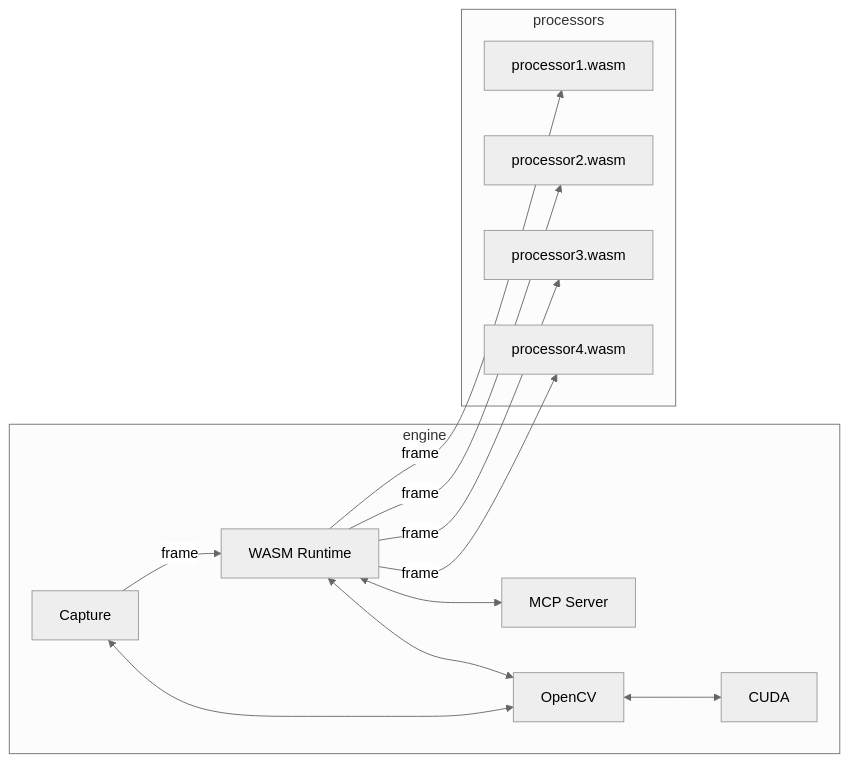
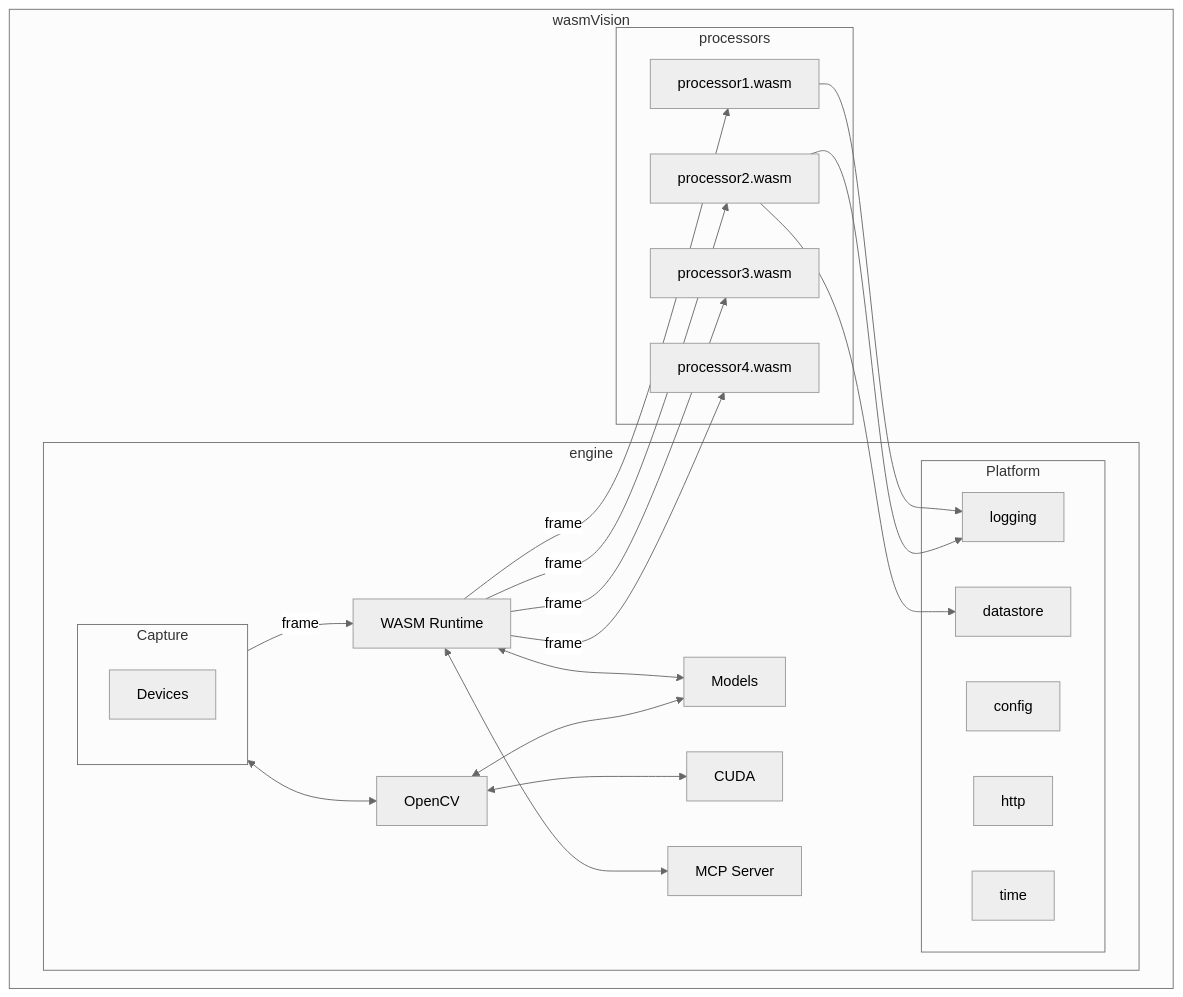
The diagram in README.md (wasmvision/wasmvision), drawn with Mermaid (neutral theme) before and after one commit. The commit also changed other lines of this file, not shown here.

Commit message:
docs: important README updates

````diff
--- a/README.md
+++ b/README.md
@@ -15,18 +17,33 @@
 ```mermaid
-flowchart LR
-    subgraph engine
-        Capture
-        Runtime[WASM Runtime]
-        Runtime<-->MCP[MCP Server]
-        Capture--frame-->Runtime
-        Capture<-->OpenCV
-        Runtime<-->OpenCV
-        OpenCV<-->CUDA
-    end
-    subgraph processors
-        Runtime--frame-->processor1.wasm
-        Runtime--frame-->processor2.wasm
-        Runtime--frame-->processor3.wasm
-        Runtime--frame-->processor4.wasm
+flowchart TD
+    subgraph wasmVision
+        subgraph engine
+            subgraph Capture
+                Devices
+            end
+            Runtime[WASM Runtime]
+            Capture--frame-->Runtime
+            Capture<-->OpenCV
+            Runtime<-->Models
+            OpenCV<-->Models
+            OpenCV<-->CUDA
+            subgraph Platform
+                logging
+                config
+                http
+                datastore
+                time
+            end
+            Runtime<-->MCP[MCP Server]
+        end
+        subgraph processors
+            Runtime--frame-->processor1.wasm
+            Runtime--frame-->processor2.wasm
+            Runtime--frame-->processor3.wasm
+            Runtime--frame-->processor4.wasm
+        end
+        processor1.wasm-->logging
+        processor2.wasm-->logging
+        processor2.wasm-->datastore
     end
 ```
````
